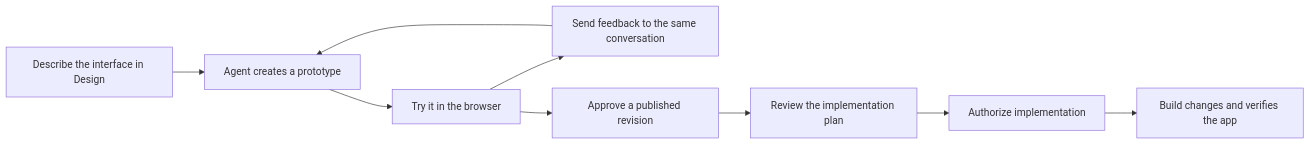
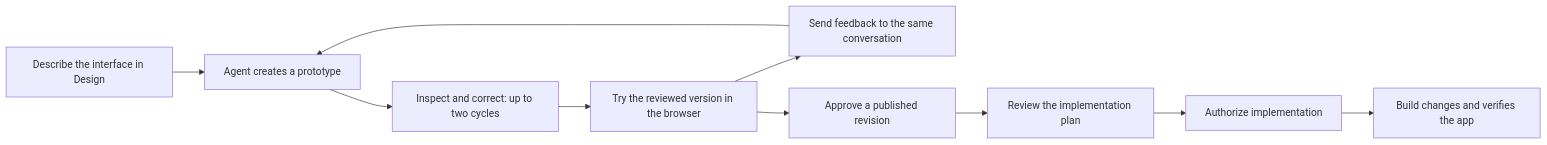
One commit to reddb-io/redcode changed the diagram in README.md. Above: the diagram before and after it, drawn with Mermaid. The commit also changed other lines of this file and 16 other files, not shown here.

Commit message:
feat(design): integrate native frontend quality review cycles

````diff
--- a/README.md
+++ b/README.md
@@ -299,11 +299,12 @@
 ```mermaid
 flowchart LR
   Ask[Describe the interface in Design] --> Prototype[Agent creates a prototype]
-  Prototype --> Review[Try it in the browser]
+  Prototype --> Quality[Inspect and correct: up to two cycles]
+  Quality --> Review[Try the reviewed version in the browser]
   Review --> Feedback[Send feedback to the same conversation]
   Feedback --> Prototype
   Review --> Approve[Approve a published revision]
   Approve --> Plan[Review the implementation plan]
   Plan --> Authorize[Authorize implementation]
   Authorize --> Build[Build changes and verifies the app]
 ```
````
